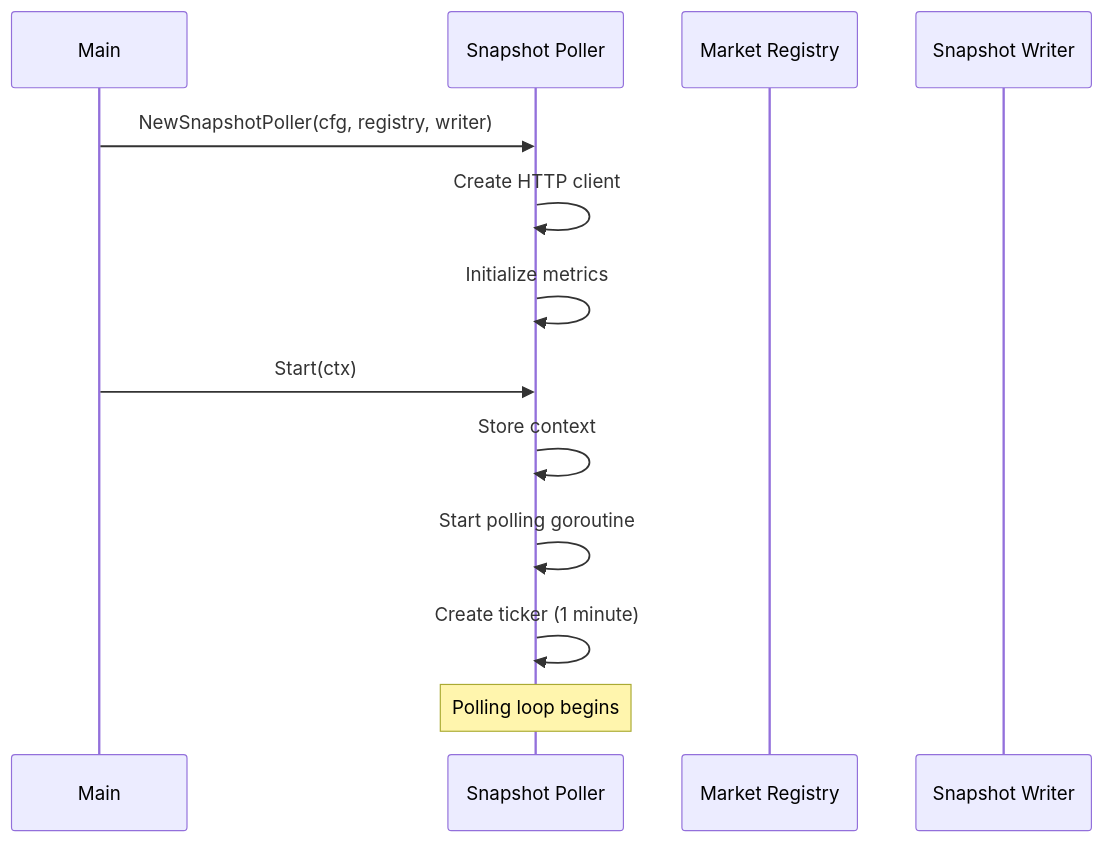
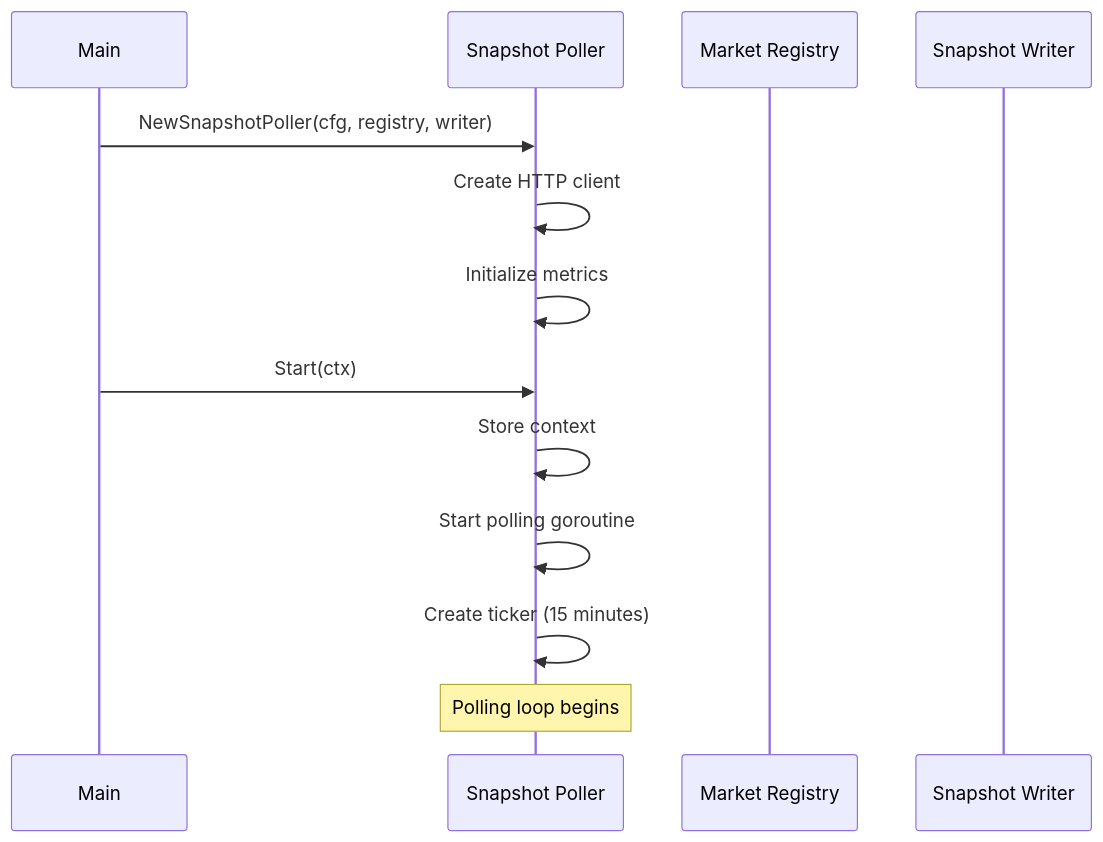
The first of 2 diagrams in docs/kalshi-data/snapshot-poller/lifecycle.md (Projectsrxg/kalshi_v2), drawn with Mermaid before and after one commit. The commit also changed other lines of this file and 77 other files, not shown here.

````diff
--- a/docs/kalshi-data/snapshot-poller/lifecycle.md
+++ b/docs/kalshi-data/snapshot-poller/lifecycle.md
@@ -9,16 +9,16 @@
 ```mermaid
 sequenceDiagram
     participant Main
     participant SP as Snapshot Poller
     participant MR as Market Registry
     participant SW as Snapshot Writer
 
     Main->>SP: NewSnapshotPoller(cfg, registry, writer)
     SP->>SP: Create HTTP client
     SP->>SP: Initialize metrics
     Main->>SP: Start(ctx)
     SP->>SP: Store context
     SP->>SP: Start polling goroutine
-    SP->>SP: Create ticker (1 minute)
+    SP->>SP: Create ticker (15 minutes)
     Note over SP: Polling loop begins
 ```
````
